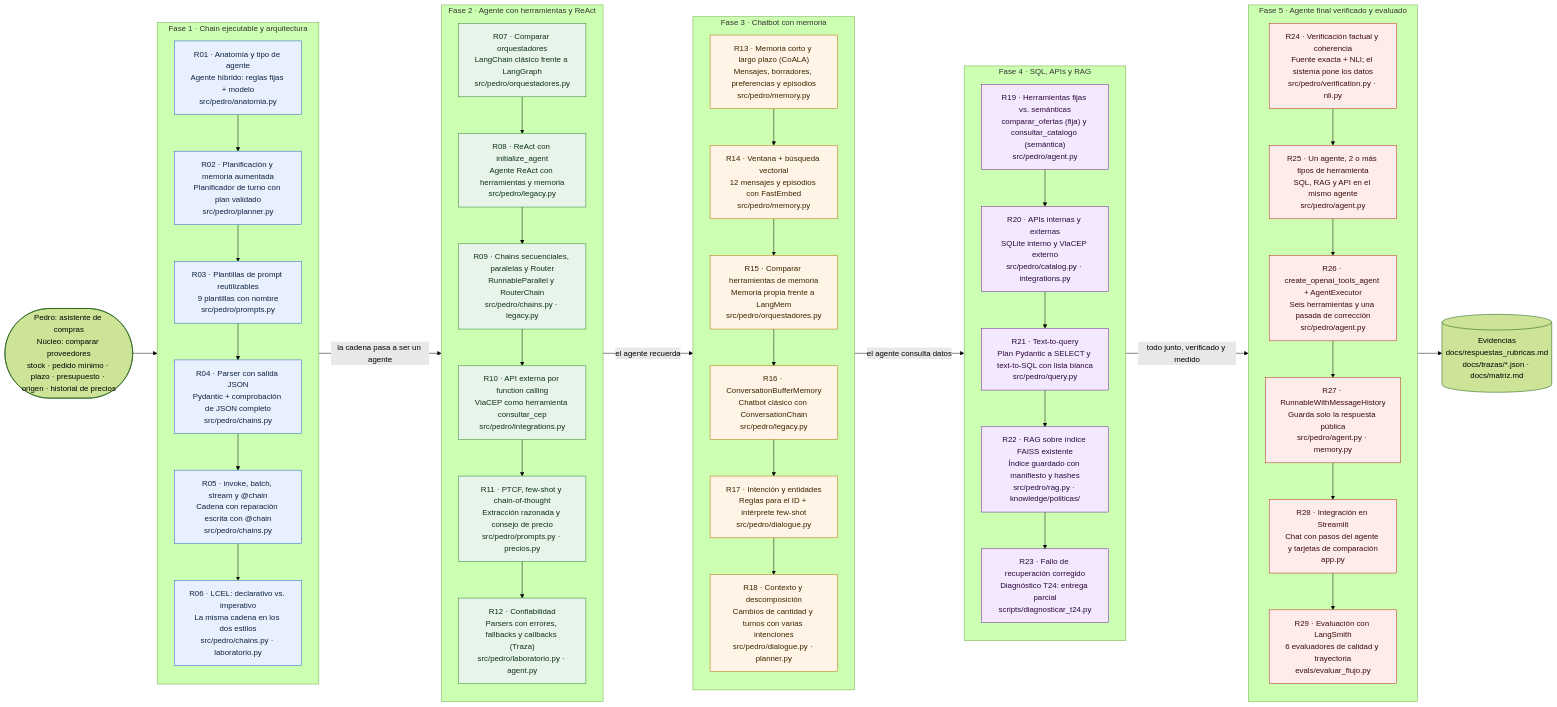
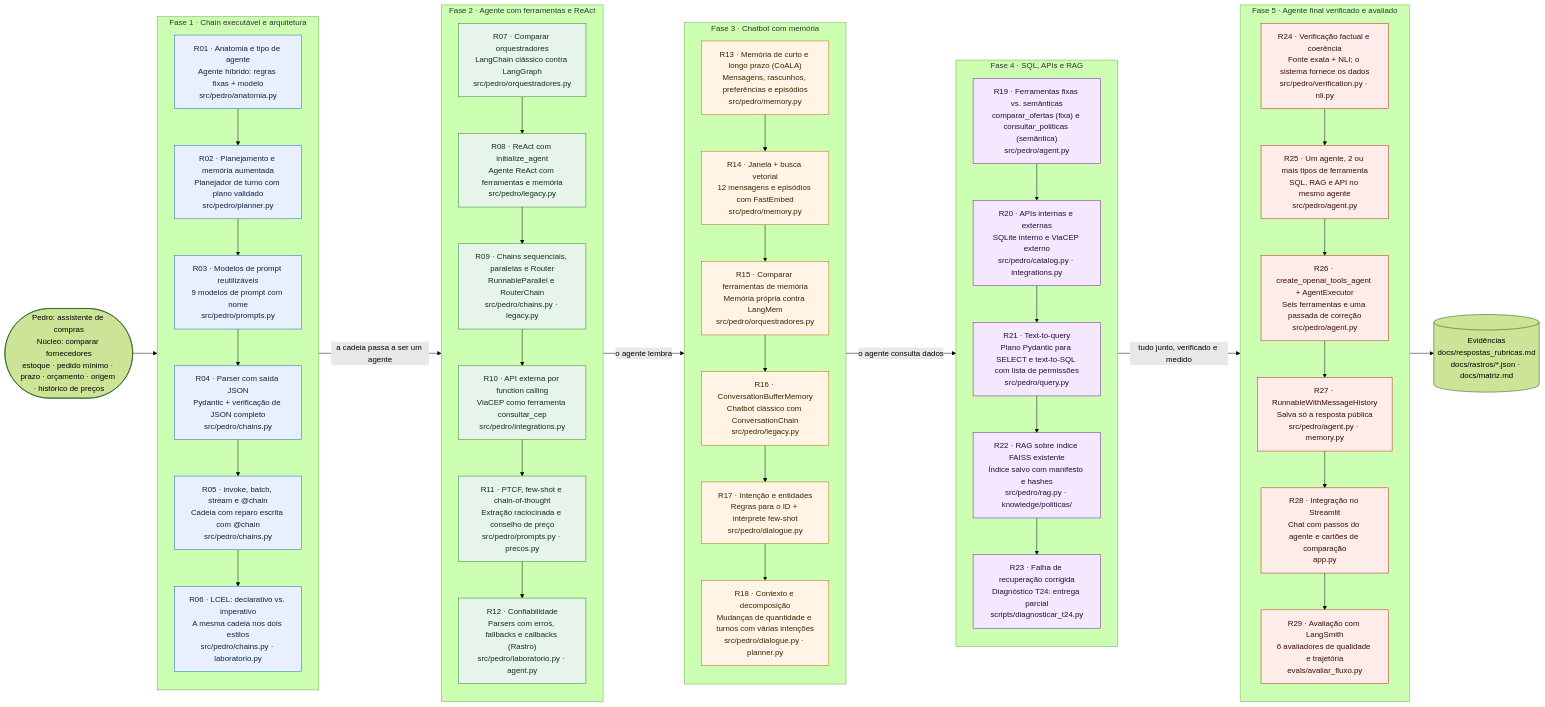
One commit to efraxpc/pedro_asistente_de_compras changed the diagram in docs/rubricas_projeto.mmd. Above: the diagram before and after it, drawn with Mermaid (forest theme). The commit also changed 17 other files, not shown here.

First line of the commit message:
docs: documentação migrada para português com os números das execuções novas

```diff
--- a/docs/rubricas_projeto.mmd
+++ b/docs/rubricas_projeto.mmd
@@ -1,79 +1,79 @@
-%% Las 29 rúbricas (R01–R29) de la guía integrada y cómo las cumple Pedro.
-%% Cada caja: código · qué pide la rúbrica / cómo se cumple / dónde está.
-%% Detalle y evidencias: docs/respuestas_rubricas.md. Los códigos son las etiquetas de la guía.
+%% As 29 rubricas (R01–R29) do guia integrado e como o Pedro as atende.
+%% Cada caixa: código · o que a rubrica pede / como é atendida / onde está.
+%% Detalhe e evidências: docs/respostas_rubricas.md. Os códigos são os rótulos do guia.
 flowchart LR
-    NUCLEO(["Pedro: asistente de compras<br/>Núcleo: comparar proveedores<br/>stock · pedido mínimo · plazo · presupuesto · origen · historial de precios"])
+    NUCLEO(["Pedro: assistente de compras<br/>Núcleo: comparar fornecedores<br/>estoque · pedido mínimo · prazo · orçamento · origem · histórico de preços"])
 
-    subgraph F1["Fase 1 · Chain ejecutable y arquitectura"]
+    subgraph F1["Fase 1 · Chain executável e arquitetura"]
         direction TB
-        R01["R01 · Anatomía y tipo de agente<br/>Agente híbrido: reglas fijas + modelo<br/>src/pedro/anatomia.py"]
-        R02["R02 · Planificación y memoria aumentada<br/>Planificador de turno con plan validado<br/>src/pedro/planner.py"]
-        R03["R03 · Plantillas de prompt reutilizables<br/>9 plantillas con nombre<br/>src/pedro/prompts.py"]
-        R04["R04 · Parser con salida JSON<br/>Pydantic + comprobación de JSON completo<br/>src/pedro/chains.py"]
-        R05["R05 · invoke, batch, stream y @chain<br/>Cadena con reparación escrita con @chain<br/>src/pedro/chains.py"]
-        R06["R06 · LCEL: declarativo vs. imperativo<br/>La misma cadena en los dos estilos<br/>src/pedro/chains.py · laboratorio.py"]
+        R01["R01 · Anatomia e tipo de agente<br/>Agente híbrido: regras fixas + modelo<br/>src/pedro/anatomia.py"]
+        R02["R02 · Planejamento e memória aumentada<br/>Planejador de turno com plano validado<br/>src/pedro/planner.py"]
+        R03["R03 · Modelos de prompt reutilizáveis<br/>9 modelos de prompt com nome<br/>src/pedro/prompts.py"]
+        R04["R04 · Parser com saída JSON<br/>Pydantic + verificação de JSON completo<br/>src/pedro/chains.py"]
+        R05["R05 · invoke, batch, stream e @chain<br/>Cadeia com reparo escrita com @chain<br/>src/pedro/chains.py"]
+        R06["R06 · LCEL: declarativo vs. imperativo<br/>A mesma cadeia nos dois estilos<br/>src/pedro/chains.py · laboratorio.py"]
         R01 --> R02 --> R03 --> R04 --> R05 --> R06
     end
 
-    subgraph F2["Fase 2 · Agente con herramientas y ReAct"]
+    subgraph F2["Fase 2 · Agente com ferramentas e ReAct"]
         direction TB
-        R07["R07 · Comparar orquestadores<br/>LangChain clásico frente a LangGraph<br/>src/pedro/orquestadores.py"]
-        R08["R08 · ReAct con initialize_agent<br/>Agente ReAct con herramientas y memoria<br/>src/pedro/legacy.py"]
-        R09["R09 · Chains secuenciales, paralelas y Router<br/>RunnableParallel y RouterChain<br/>src/pedro/chains.py · legacy.py"]
-        R10["R10 · API externa por function calling<br/>ViaCEP como herramienta consultar_cep<br/>src/pedro/integrations.py"]
-        R11["R11 · PTCF, few-shot y chain-of-thought<br/>Extracción razonada y consejo de precio<br/>src/pedro/prompts.py · precios.py"]
-        R12["R12 · Confiabilidad<br/>Parsers con errores, fallbacks y callbacks (Traza)<br/>src/pedro/laboratorio.py · agent.py"]
+        R07["R07 · Comparar orquestradores<br/>LangChain clássico contra LangGraph<br/>src/pedro/orquestradores.py"]
+        R08["R08 · ReAct com initialize_agent<br/>Agente ReAct com ferramentas e memória<br/>src/pedro/legacy.py"]
+        R09["R09 · Chains sequenciais, paralelas e Router<br/>RunnableParallel e RouterChain<br/>src/pedro/chains.py · legacy.py"]
+        R10["R10 · API externa por function calling<br/>ViaCEP como ferramenta consultar_cep<br/>src/pedro/integrations.py"]
+        R11["R11 · PTCF, few-shot e chain-of-thought<br/>Extração raciocinada e conselho de preço<br/>src/pedro/prompts.py · precos.py"]
+        R12["R12 · Confiabilidade<br/>Parsers com erros, fallbacks e callbacks (Rastro)<br/>src/pedro/laboratorio.py · agent.py"]
         R07 --> R08 --> R09 --> R10 --> R11 --> R12
     end
 
-    subgraph F3["Fase 3 · Chatbot con memoria"]
+    subgraph F3["Fase 3 · Chatbot com memória"]
         direction TB
-        R13["R13 · Memoria corto y largo plazo (CoALA)<br/>Mensajes, borradores, preferencias y episodios<br/>src/pedro/memory.py"]
-        R14["R14 · Ventana + búsqueda vectorial<br/>12 mensajes y episodios con FastEmbed<br/>src/pedro/memory.py"]
-        R15["R15 · Comparar herramientas de memoria<br/>Memoria propia frente a LangMem<br/>src/pedro/orquestadores.py"]
-        R16["R16 · ConversationBufferMemory<br/>Chatbot clásico con ConversationChain<br/>src/pedro/legacy.py"]
-        R17["R17 · Intención y entidades<br/>Reglas para el ID + intérprete few-shot<br/>src/pedro/dialogue.py"]
-        R18["R18 · Contexto y descomposición<br/>Cambios de cantidad y turnos con varias intenciones<br/>src/pedro/dialogue.py · planner.py"]
+        R13["R13 · Memória de curto e longo prazo (CoALA)<br/>Mensagens, rascunhos, preferências e episódios<br/>src/pedro/memory.py"]
+        R14["R14 · Janela + busca vetorial<br/>12 mensagens e episódios com FastEmbed<br/>src/pedro/memory.py"]
+        R15["R15 · Comparar ferramentas de memória<br/>Memória própria contra LangMem<br/>src/pedro/orquestradores.py"]
+        R16["R16 · ConversationBufferMemory<br/>Chatbot clássico com ConversationChain<br/>src/pedro/legacy.py"]
+        R17["R17 · Intenção e entidades<br/>Regras para o ID + intérprete few-shot<br/>src/pedro/dialogue.py"]
+        R18["R18 · Contexto e decomposição<br/>Mudanças de quantidade e turnos com várias intenções<br/>src/pedro/dialogue.py · planner.py"]
         R13 --> R14 --> R15 --> R16 --> R17 --> R18
     end
 
-    subgraph F4["Fase 4 · SQL, APIs y RAG"]
+    subgraph F4["Fase 4 · SQL, APIs e RAG"]
         direction TB
-        R19["R19 · Herramientas fijas vs. semánticas<br/>comparar_ofertas (fija) y consultar_catalogo (semántica)<br/>src/pedro/agent.py"]
-        R20["R20 · APIs internas y externas<br/>SQLite interno y ViaCEP externo<br/>src/pedro/catalog.py · integrations.py"]
-        R21["R21 · Text-to-query<br/>Plan Pydantic a SELECT y text-to-SQL con lista blanca<br/>src/pedro/query.py"]
-        R22["R22 · RAG sobre índice FAISS existente<br/>Índice guardado con manifiesto y hashes<br/>src/pedro/rag.py · knowledge/politicas/"]
-        R23["R23 · Fallo de recuperación corregido<br/>Diagnóstico T24: entrega parcial<br/>scripts/diagnosticar_t24.py"]
+        R19["R19 · Ferramentas fixas vs. semânticas<br/>comparar_ofertas (fixa) e consultar_politicas (semântica)<br/>src/pedro/agent.py"]
+        R20["R20 · APIs internas e externas<br/>SQLite interno e ViaCEP externo<br/>src/pedro/catalog.py · integrations.py"]
+        R21["R21 · Text-to-query<br/>Plano Pydantic para SELECT e text-to-SQL com lista de permissões<br/>src/pedro/query.py"]
+        R22["R22 · RAG sobre índice FAISS existente<br/>Índice salvo com manifesto e hashes<br/>src/pedro/rag.py · knowledge/politicas/"]
+        R23["R23 · Falha de recuperação corrigida<br/>Diagnóstico T24: entrega parcial<br/>scripts/diagnosticar_t24.py"]
         R19 --> R20 --> R21 --> R22 --> R23
     end
 
-    subgraph F5["Fase 5 · Agente final verificado y evaluado"]
+    subgraph F5["Fase 5 · Agente final verificado e avaliado"]
         direction TB
-        R24["R24 · Verificación factual y coherencia<br/>Fuente exacta + NLI; el sistema pone los datos<br/>src/pedro/verification.py · nli.py"]
-        R25["R25 · Un agente, 2 o más tipos de herramienta<br/>SQL, RAG y API en el mismo agente<br/>src/pedro/agent.py"]
-        R26["R26 · create_openai_tools_agent + AgentExecutor<br/>Seis herramientas y una pasada de corrección<br/>src/pedro/agent.py"]
-        R27["R27 · RunnableWithMessageHistory<br/>Guarda solo la respuesta pública<br/>src/pedro/agent.py · memory.py"]
-        R28["R28 · Integración en Streamlit<br/>Chat con pasos del agente y tarjetas de comparación<br/>app.py"]
-        R29["R29 · Evaluación con LangSmith<br/>6 evaluadores de calidad y trayectoria<br/>evals/evaluar_flujo.py"]
+        R24["R24 · Verificação factual e coerência<br/>Fonte exata + NLI; o sistema fornece os dados<br/>src/pedro/verification.py · nli.py"]
+        R25["R25 · Um agente, 2 ou mais tipos de ferramenta<br/>SQL, RAG e API no mesmo agente<br/>src/pedro/agent.py"]
+        R26["R26 · create_openai_tools_agent + AgentExecutor<br/>Seis ferramentas e uma passada de correção<br/>src/pedro/agent.py"]
+        R27["R27 · RunnableWithMessageHistory<br/>Salva só a resposta pública<br/>src/pedro/agent.py · memory.py"]
+        R28["R28 · Integração no Streamlit<br/>Chat com passos do agente e cartões de comparação<br/>app.py"]
+        R29["R29 · Avaliação com LangSmith<br/>6 avaliadores de qualidade e trajetória<br/>evals/avaliar_fluxo.py"]
         R24 --> R25 --> R26 --> R27 --> R28 --> R29
     end
 
     NUCLEO --> F1
-    F1 -->|la cadena pasa a ser un agente| F2
-    F2 -->|el agente recuerda| F3
-    F3 -->|el agente consulta datos| F4
-    F4 -->|todo junto, verificado y medido| F5
+    F1 -->|a cadeia passa a ser um agente| F2
+    F2 -->|o agente lembra| F3
+    F3 -->|o agente consulta dados| F4
+    F4 -->|tudo junto, verificado e medido| F5
 
-    EVID[("Evidencias<br/>docs/respuestas_rubricas.md<br/>docs/trazas/*.json · docs/matriz.md")]
+    EVID[("Evidências<br/>docs/respostas_rubricas.md<br/>docs/rastros/*.json · docs/matriz.md")]
     F5 --> EVID
 
     classDef fase1 fill:#E8F0FE,stroke:#1F5FBF,color:#10233F
     classDef fase2 fill:#E6F4EA,stroke:#2E7D32,color:#10301A
     classDef fase3 fill:#FFF4E5,stroke:#B26A00,color:#3A2500
     classDef fase4 fill:#F3E8FD,stroke:#6A1B9A,color:#2A0A3D
     classDef fase5 fill:#FDECEA,stroke:#B3261E,color:#3B0D0A
     class R01,R02,R03,R04,R05,R06 fase1
     class R07,R08,R09,R10,R11,R12 fase2
     class R13,R14,R15,R16,R17,R18 fase3
     class R19,R20,R21,R22,R23 fase4
     class R24,R25,R26,R27,R28,R29 fase5
```
